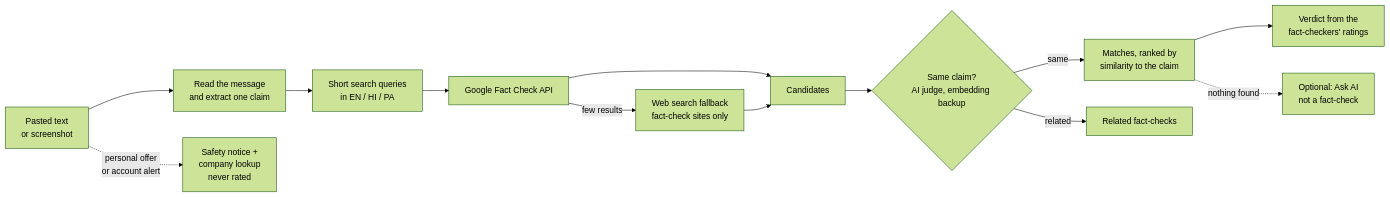
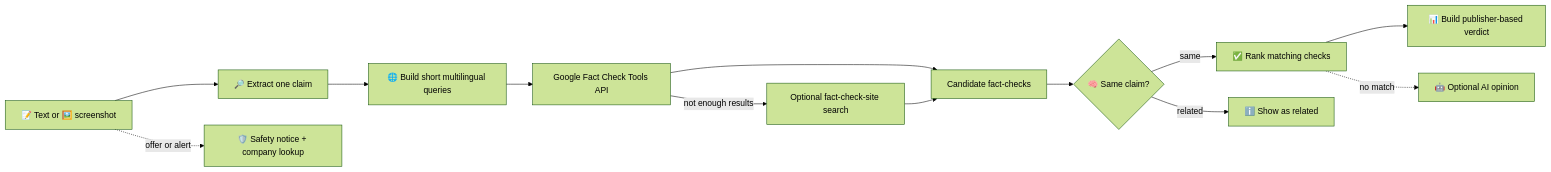
The diagram in README.md (dharmesh0317/ClaimLens), drawn with Mermaid (forest theme) before and after one commit. The commit also changed other lines of this file, not shown here.

````diff
--- a/README.md
+++ b/README.md
@@ -56,15 +63,15 @@
 ```mermaid
 flowchart LR
-    A[Pasted text<br/>or screenshot] --> B[Read the message<br/>and extract one claim]
-    B --> C[Short search queries<br/>in EN / HI / PA]
-    C --> D[Google Fact Check API]
-    D -->|few results| E[Web search fallback<br/>fact-check sites only]
-    D --> F[Candidates]
+    A[📝 Text or 🖼️ screenshot] --> B[🔎 Extract one claim]
+    B --> C[🌐 Build short multilingual queries]
+    C --> D[Google Fact Check Tools API]
+    D -->|not enough results| E[Optional fact-check-site search]
+    D --> F[Candidate fact-checks]
     E --> F
-    F --> G{Same claim?<br/>AI judge, embedding backup}
-    G -->|same| H[Matches, ranked by<br/>similarity to the claim]
-    G -->|related| I[Related fact-checks]
-    H --> J[Verdict from the<br/>fact-checkers' ratings]
-    H -.nothing found.-> K[Optional: Ask AI<br/>not a fact-check]
-    A -.personal offer<br/>or account alert.-> L[Safety notice +<br/>company lookup<br/>never rated]
+    F --> G{🧠 Same claim?}
+    G -->|same| H[✅ Rank matching checks]
+    G -->|related| I[ℹ️ Show as related]
+    H --> J[📊 Build publisher-based verdict]
+    H -. no match .-> K[🤖 Optional AI opinion]
+    A -. offer or alert .-> L[🛡️ Safety notice + company lookup]
 ```
````
